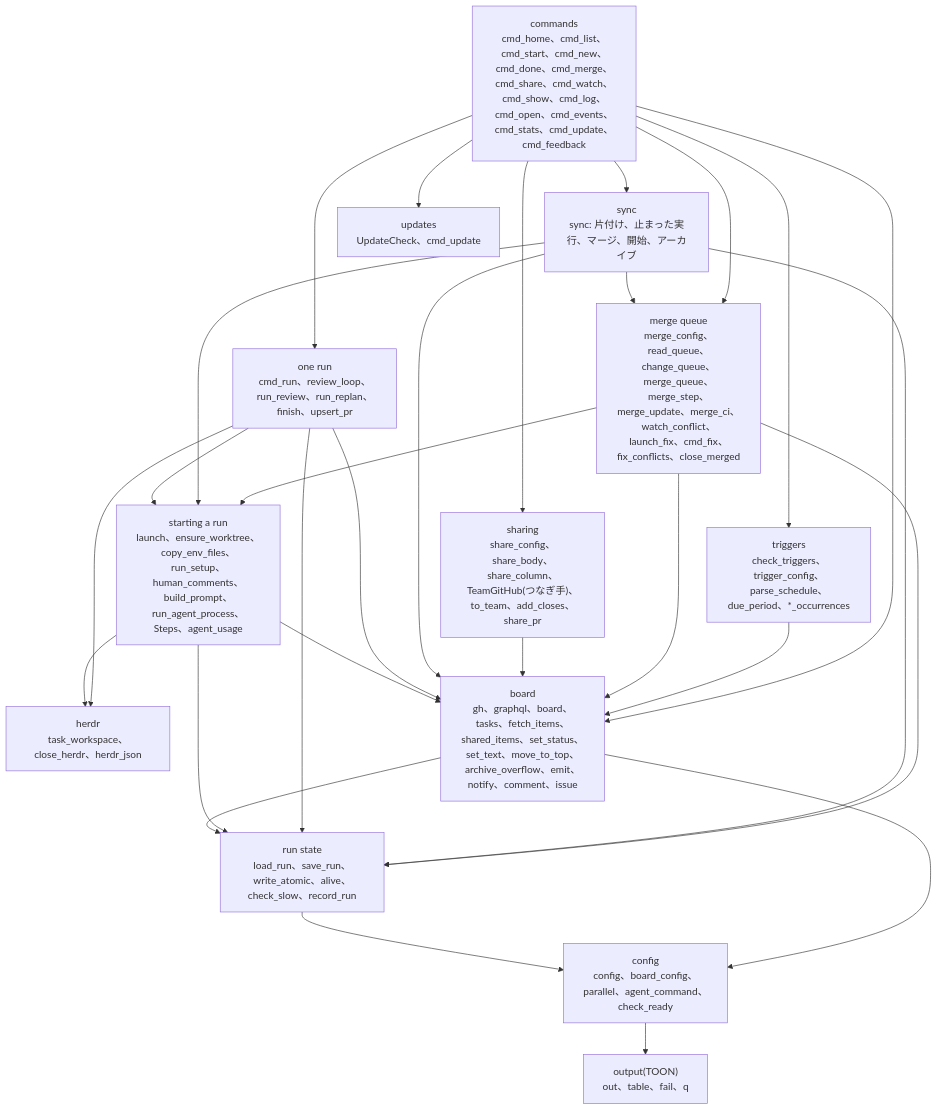
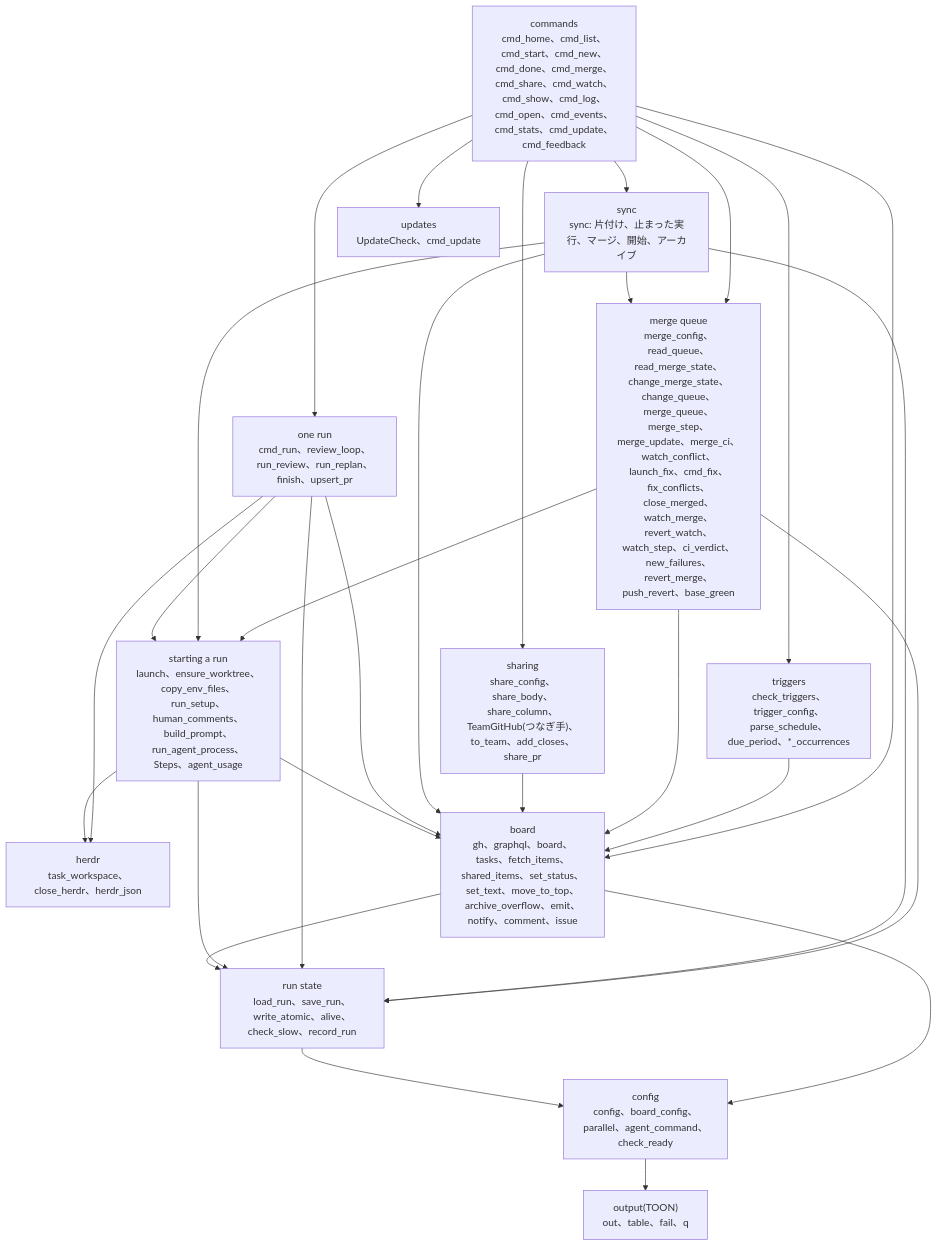
The first of 10 diagrams in docs/architecture/lld.md (jyoka/task-hub), drawn with Mermaid before and after one commit. The commit also changed other lines of this file and 8 other files, not shown here.

Commit message:
task 19: Merge pipeline (4/4): revert PR when main goes red

````diff
--- a/docs/architecture/lld.md
+++ b/docs/architecture/lld.md
@@ -11,44 +11,44 @@
 ```mermaid
 flowchart TB
     commands["commands<br/>cmd_home、cmd_list、cmd_start、cmd_new、cmd_done、cmd_merge、cmd_share、cmd_watch、<br/>cmd_show、cmd_log、cmd_open、cmd_events、cmd_stats、cmd_update、cmd_feedback"]
-    mergeq["merge queue<br/>merge_config、read_queue、change_queue、merge_queue、merge_step、merge_update、merge_ci、<br/>watch_conflict、launch_fix、cmd_fix、fix_conflicts、close_merged"]
+    mergeq["merge queue<br/>merge_config、read_queue、read_merge_state、change_merge_state、change_queue、merge_queue、merge_step、merge_update、merge_ci、<br/>watch_conflict、launch_fix、cmd_fix、fix_conflicts、close_merged、<br/>watch_merge、revert_watch、watch_step、ci_verdict、new_failures、revert_merge、push_revert、base_green"]
     sharing["sharing<br/>share_config、share_body、share_column、TeamGitHub(つなぎ手)、to_team、add_closes、share_pr"]
     sync["sync<br/>sync: 片付け、止まった実行、マージ、開始、アーカイブ"]
     runone["one run<br/>cmd_run、review_loop、run_review、run_replan、finish、upsert_pr"]
     start["starting a run<br/>launch、ensure_worktree、copy_env_files、run_setup、human_comments、build_prompt、<br/>run_agent_process、Steps、agent_usage"]
     herdr["herdr<br/>task_workspace、close_herdr、herdr_json"]
     runstate["run state<br/>load_run、save_run、write_atomic、alive、check_slow、record_run"]
     boardl["board<br/>gh、graphql、board、tasks、fetch_items、shared_items、set_status、<br/>set_text、move_to_top、archive_overflow、emit、notify、comment、issue"]
     config["config<br/>config、board_config、parallel、agent_command、check_ready"]
     output["output(TOON)<br/>out、table、fail、q"]
     updates["updates<br/>UpdateCheck、cmd_update"]
     triggers["triggers<br/>check_triggers、trigger_config、parse_schedule、due_period、*_occurrences"]
 
     commands --> sync
     commands --> runone
     commands --> boardl
     commands --> updates
     commands --> triggers
     triggers --> boardl
     commands --> sharing
     commands --> mergeq
     sync --> mergeq
     mergeq --> start
     mergeq --> boardl
     mergeq --> runstate
     sharing --> boardl
     sync --> start
     sync --> boardl
     sync --> runstate
     runone --> start
     runone --> boardl
     runone --> runstate
     runone --> herdr
     start --> herdr
     start --> runstate
     start --> boardl
     boardl --> runstate
     boardl --> config
     runstate --> config
     config --> output
 ```
````
